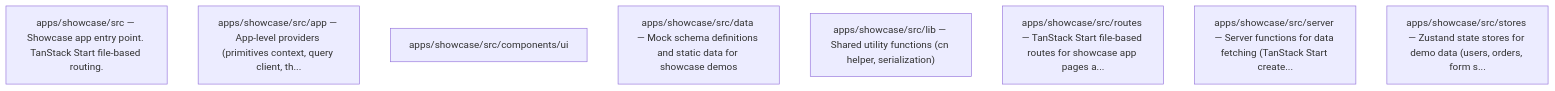
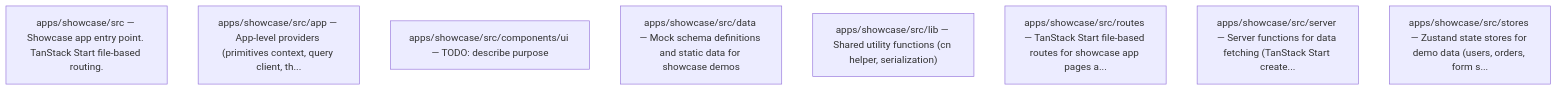
The fourth of 5 diagrams in docs/context-map.md (WianVDM/schema-framework), drawn with Mermaid before and after one commit. The commit also changed other lines of this file and 13 other files, not shown here.

````diff
--- a/docs/context-map.md
+++ b/docs/context-map.md
@@ -60,11 +60,11 @@
 ```mermaid
 graph TD
     apps_showcase_src["apps/showcase/src — Showcase app entry point. TanStack Start file-based routing."]
     apps_showcase_src_app["apps/showcase/src/app — App-level providers (primitives context, query client, th..."]
-    apps_showcase_src_components_ui["apps/showcase/src/components/ui"]
+    apps_showcase_src_components_ui["apps/showcase/src/components/ui — TODO: describe purpose"]
     apps_showcase_src_data["apps/showcase/src/data — Mock schema definitions and static data for showcase demos"]
     apps_showcase_src_lib["apps/showcase/src/lib — Shared utility functions (cn helper, serialization)"]
     apps_showcase_src_routes["apps/showcase/src/routes — TanStack Start file-based routes for showcase app pages a..."]
     apps_showcase_src_server["apps/showcase/src/server — Server functions for data fetching (TanStack Start create..."]
     apps_showcase_src_stores["apps/showcase/src/stores — Zustand state stores for demo data (users, orders, form s..."]
 ```
````
